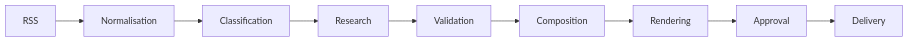
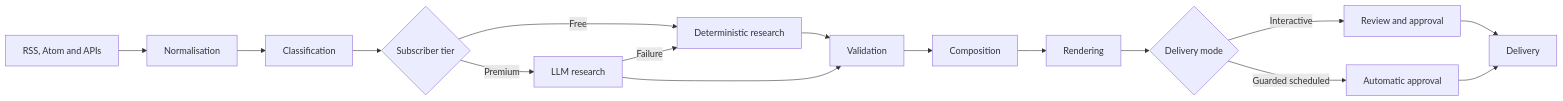
Before and after one commit to Vortenix/vortenix-newsletter: the second of 4 diagrams in README.md, drawn with Mermaid. The commit also changed other lines of this file and 13 other files, not shown here.

Commit message:
docs: align architecture with current workflows

````diff
--- a/README.md
+++ b/README.md
@@ -122,11 +127,18 @@
 ```mermaid
 flowchart LR
-  RSS[RSS] --> N[Normalisation]
+  RSS[RSS, Atom and APIs] --> N[Normalisation]
   N --> CL[Classification]
-  CL --> R[Research]
+  CL --> Tier{Subscriber tier}
+  Tier -->|Free| R[Deterministic research]
+  Tier -->|Premium| LLM[LLM research]
+  LLM -->|Failure| R
+  LLM --> V
   R --> V[Validation]
   V --> C[Composition]
   C --> Render[Rendering]
-  Render --> A[Approval]
-  A --> D[Delivery]
+  Render --> A{Delivery mode}
+  A -->|Interactive| Review[Review and approval]
+  A -->|Guarded scheduled| Auto[Automatic approval]
+  Review --> D[Delivery]
+  Auto --> D
 ```
````
